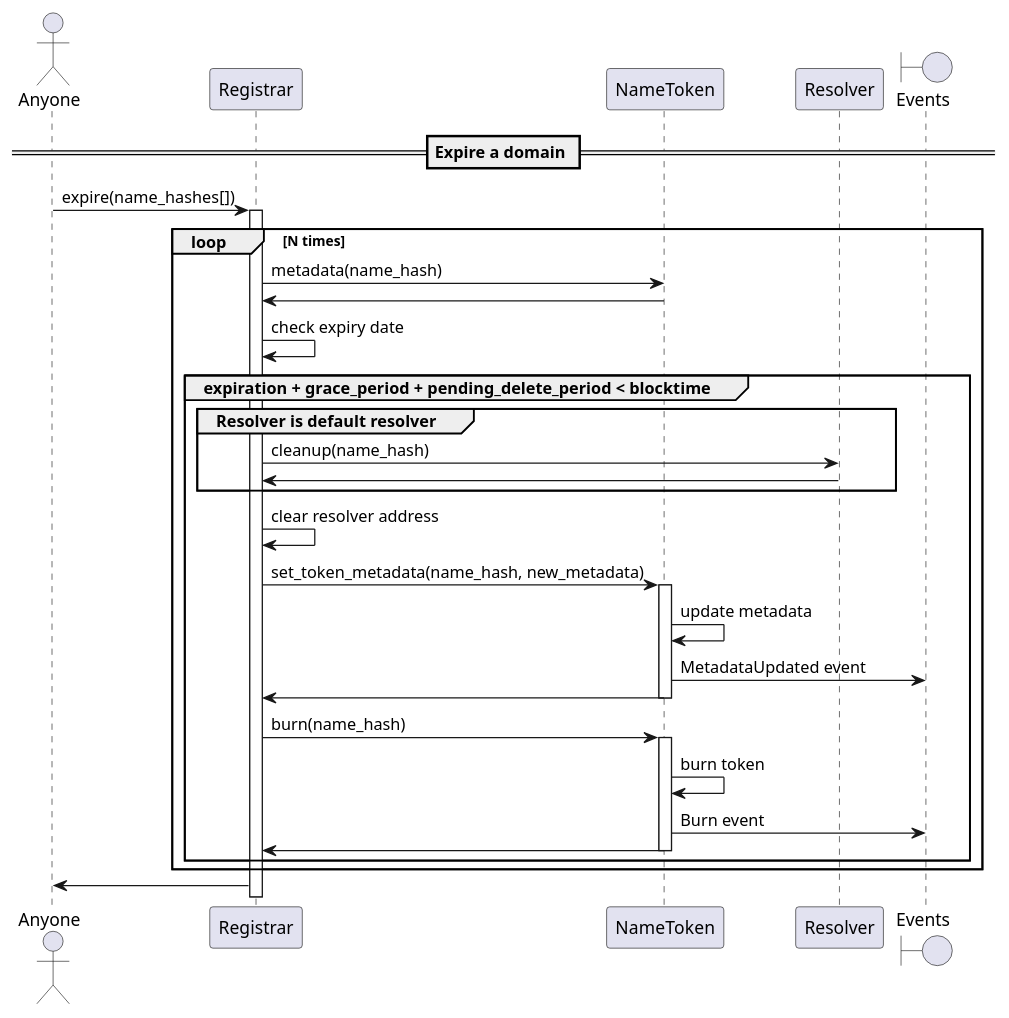
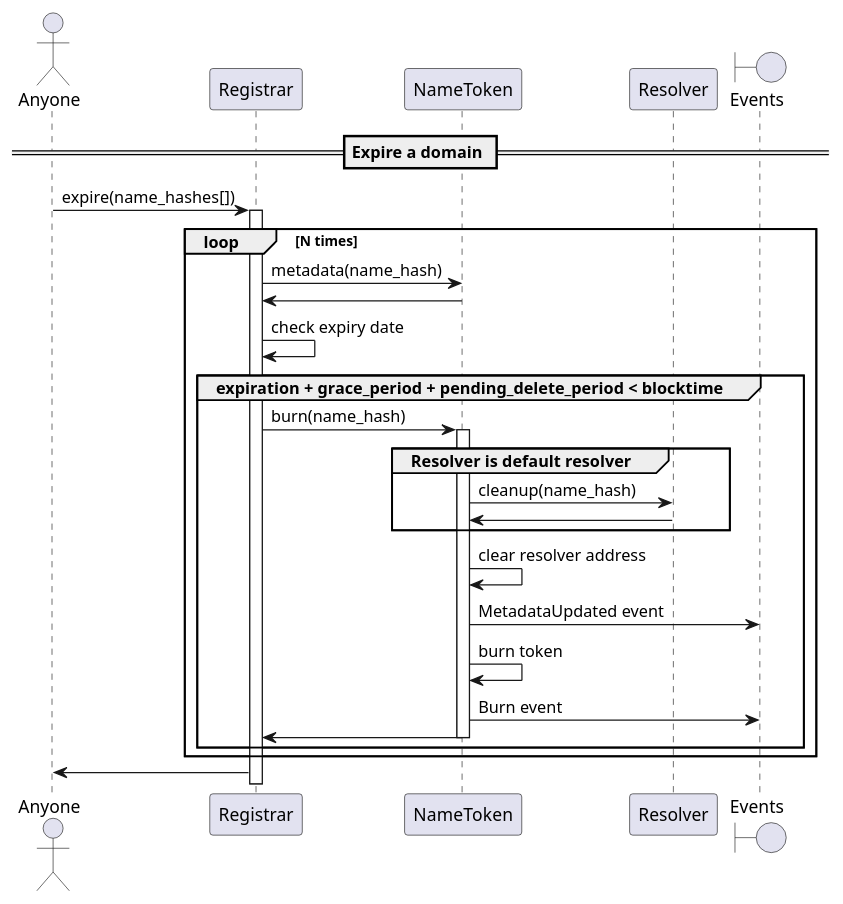
The diagram in docs/sequence-diagrams/puml/expire-domain.puml (make-software/cspr-name-contracts), drawn with PlantUML before and after one commit. The commit also changed 14 other files, not shown here.

Commit message:
- added set_default_resolver() to admin functions - modified transfer operations to call cleanup() and clear or set default resolver from nametoken contract instead of registrar - burn token calls cleanup and clears the resolver address. - removed puml file for secondary sale with fiat

```diff
--- a/docs/sequence-diagrams/puml/expire-domain.puml
+++ b/docs/sequence-diagrams/puml/expire-domain.puml
@@ -1,42 +1,37 @@
 @startuml
 'https://plantuml.com/sequence-diagram
 
 'autonumber
 actor "Anyone"
 participant "Registrar"
 participant "NameToken"
 participant "Resolver"
 boundary "Events"
 
 == Expire a domain ==
 
 "Anyone" -> "Registrar": expire(name_hashes[])
 activate Registrar
 loop N times
     Registrar -> NameToken: metadata(name_hash)
     NameToken -> Registrar
     Registrar -> Registrar: check expiry date
     group expiration + grace_period + pending_delete_period < blocktime
-        group Resolver is default resolver
-            Registrar -> Resolver: cleanup(name_hash)
-            Resolver -> Registrar:
-        end
-        Registrar -> Registrar: clear resolver address
-        Registrar -> NameToken: set_token_metadata(name_hash, new_metadata)
-        activate NameToken
-            NameToken -> NameToken: update metadata
-            NameToken -> "Events": MetadataUpdated event
-            NameToken -> Registrar
-            deactivate NameToken
         Registrar -> NameToken: burn(name_hash)
         activate NameToken
+        group Resolver is default resolver
+            NameToken -> Resolver: cleanup(name_hash)
+            Resolver -> NameToken:
+        end
+        NameToken -> NameToken: clear resolver address
+        NameToken -> "Events": MetadataUpdated event
         NameToken -> NameToken: burn token
         NameToken -> "Events": Burn event
         NameToken -> Registrar
         deactivate NameToken
     end
 end
 
 Registrar -> "Anyone"
 
 @enduml
```
